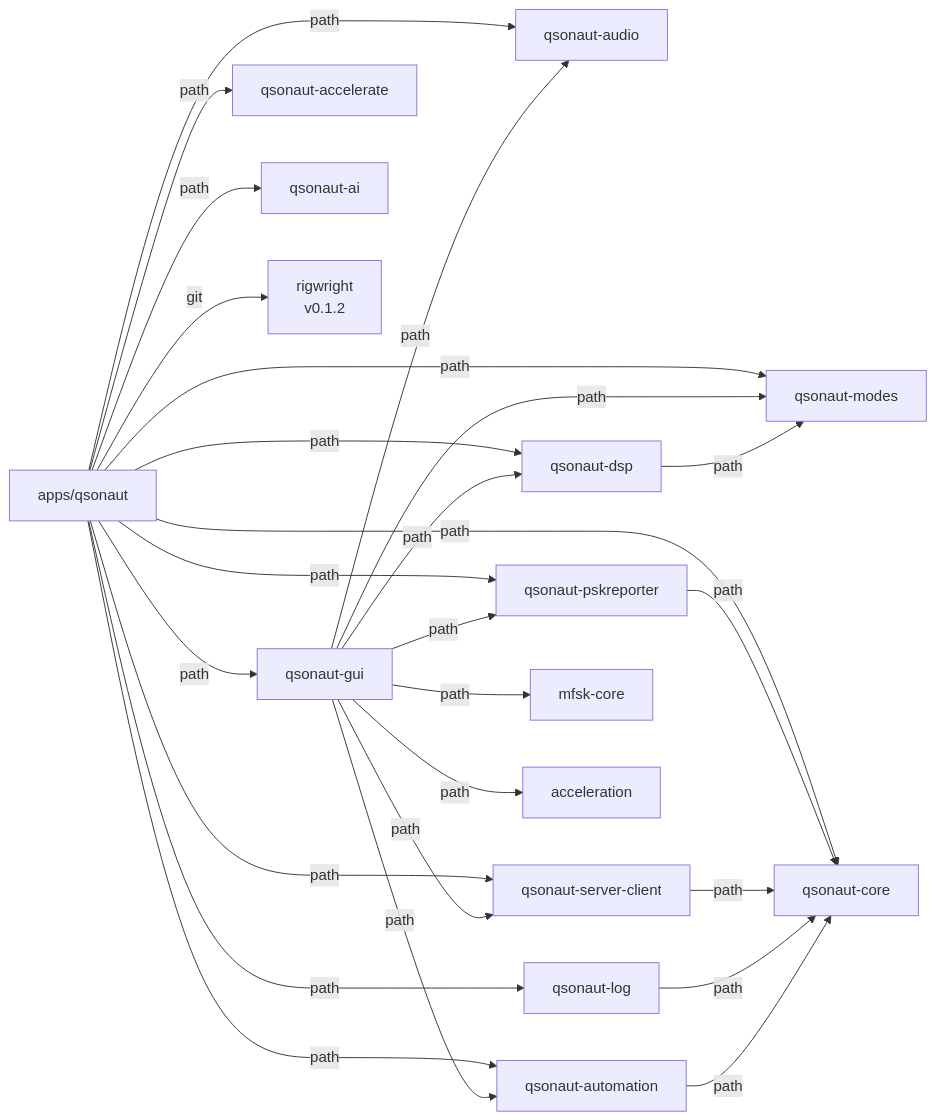
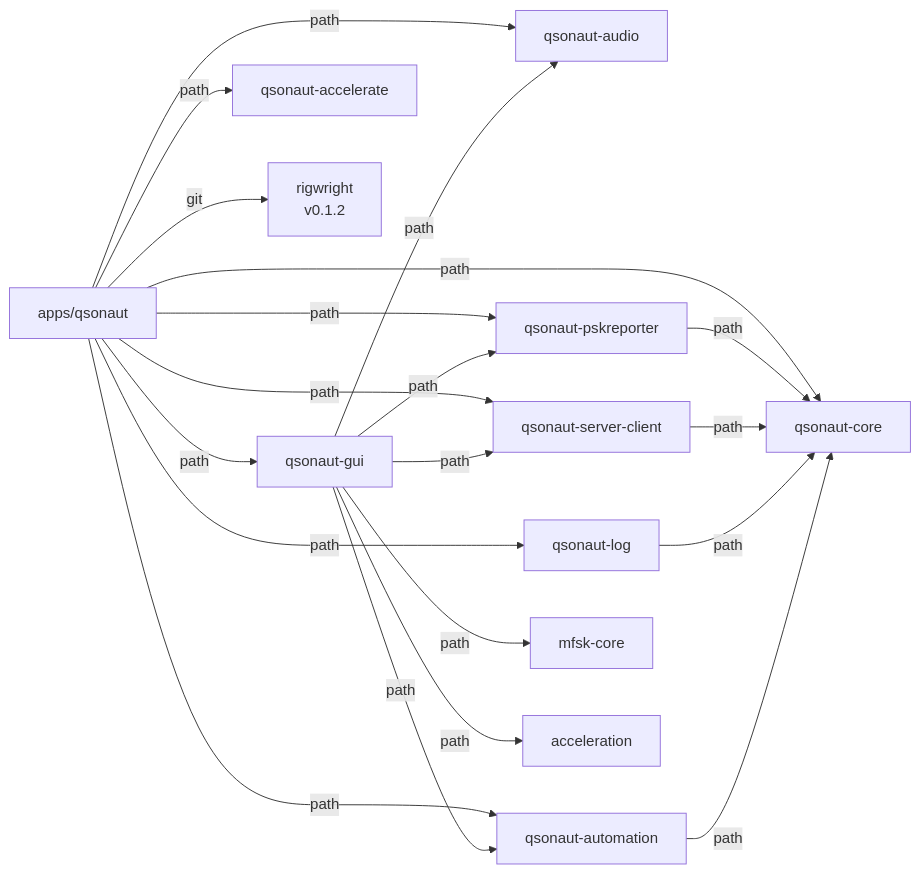
One commit to nicksbar/QSONaut changed the third of 6 diagrams in docs/ARCHITECTURE.md. Above: the diagram before and after it, drawn with Mermaid. The commit also changed other lines of this file and 36 other files, not shown here.

````diff
--- a/docs/ARCHITECTURE.md
+++ b/docs/ARCHITECTURE.md
@@ -91,46 +88,36 @@
 ```mermaid
 graph LR
     qsonaut[apps/qsonaut]
     audio[qsonaut-audio]
     core[qsonaut-core]
-    dsp[qsonaut-dsp]
-    modes[qsonaut-modes]
     gui[qsonaut-gui]
     log[qsonaut-log]
     automation[qsonaut-automation]
     psk[qsonaut-pskreporter]
     server-client[qsonaut-server-client]
     accelerate[qsonaut-accelerate]
-    ai[qsonaut-ai]
     mfsk[mfsk-core]
     rigwright[rigwright<br/>v0.1.2]
     
     qsonaut -->|path| gui
     qsonaut -->|path| core
-    qsonaut -->|path| dsp
-    qsonaut -->|path| modes
     qsonaut -->|path| audio
     qsonaut -->|path| log
     qsonaut -->|path| automation
     qsonaut -->|path| psk
     qsonaut -->|path| server-client
     qsonaut -->|path| accelerate
-    qsonaut -->|path| ai
     qsonaut -->|git| rigwright
     
     gui -->|path| mfsk
-    gui -->|path| dsp
-    gui -->|path| modes
     gui -->|path| audio
     gui -->|path| acceleration
     gui -->|path| automation
     gui -->|path| server-client
     gui -->|path| psk
     
-    dsp -->|path| modes
-    
     psk -->|path| core
     server-client -->|path| core
     log -->|path| core
     automation -->|path| core
 ```
````
